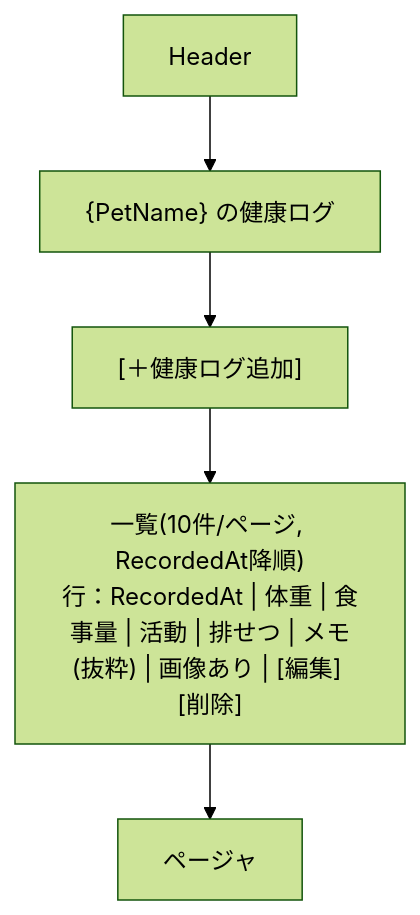
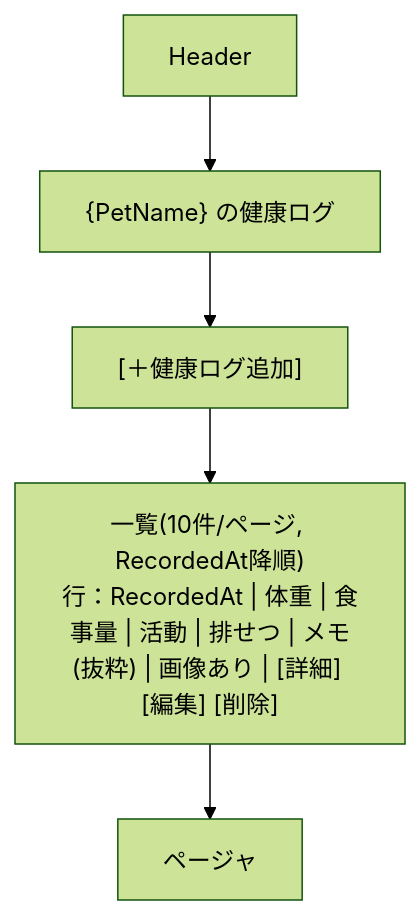
One commit to Cat5Dog2/PetHealthManagement changed the sixth of 13 diagrams in docs/ui-wireframe.md. Above: the diagram before and after it, drawn with Mermaid (forest theme). The commit also changed other lines of this file and 3 other files, not shown here.

````diff
--- a/docs/ui-wireframe.md
+++ b/docs/ui-wireframe.md
@@ -79,10 +79,10 @@
 ```mermaid
 flowchart TB
   Header["Header"]
   Title["{PetName} の健康ログ"]
   Actions["[＋健康ログ追加]"]
-  List["一覧(10件/ページ, RecordedAt降順)<br/>行：RecordedAt | 体重 | 食事量 | 活動 | 排せつ | メモ(抜粋) | 画像あり | [編集] [削除]"]
+  List["一覧(10件/ページ, RecordedAt降順)<br/>行：RecordedAt | 体重 | 食事量 | 活動 | 排せつ | メモ(抜粋) | 画像あり | [詳細] [編集] [削除]"]
   Pager["ページャ"]
 
   Header --> Title --> Actions --> List --> Pager
 ```
````
